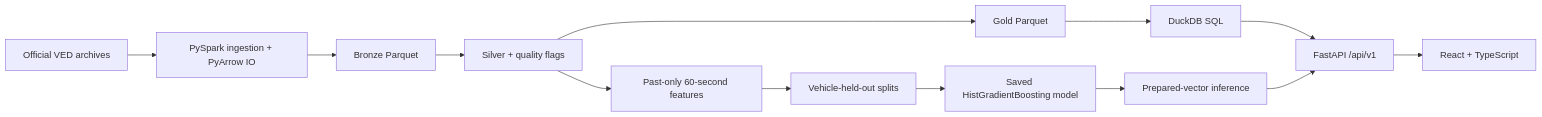
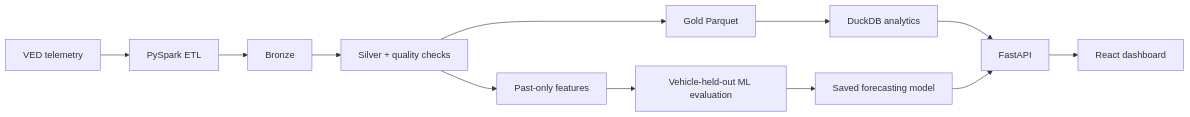
The diagram in README.md (VViswaPrahlad/FleetPulse), drawn with Mermaid before and after one commit. The commit also changed other lines of this file, not shown here.

````diff
--- a/README.md
+++ b/README.md
@@ -27,15 +23,14 @@
-```mermaid
+~~~mermaid
 flowchart LR
-    VED[Official VED archives] --> SP[PySpark ingestion + PyArrow IO]
-    SP --> B[Bronze Parquet]
-    B --> S[Silver + quality flags]
+    VED[VED telemetry] --> Spark[PySpark ETL]
+    Spark --> B[Bronze]
+    B --> S[Silver + quality checks]
     S --> G[Gold Parquet]
-    G --> D[DuckDB SQL]
-    D --> API[FastAPI /api/v1]
-    API --> UI[React + TypeScript]
-    S --> F[Past-only 60-second features]
-    F --> SPLIT[Vehicle-held-out splits]
-    SPLIT --> M[Saved HistGradientBoosting model]
-    M --> INFER[Prepared-vector inference]
-    INFER --> API
-```
+    G --> DB[DuckDB analytics]
+    DB --> API[FastAPI]
+    API --> UI[React dashboard]
+    S --> Feat[Past-only features]
+    Feat --> Eval[Vehicle-held-out ML evaluation]
+    Eval --> Model[Saved forecasting model]
+    Model --> API
+~~~
````
